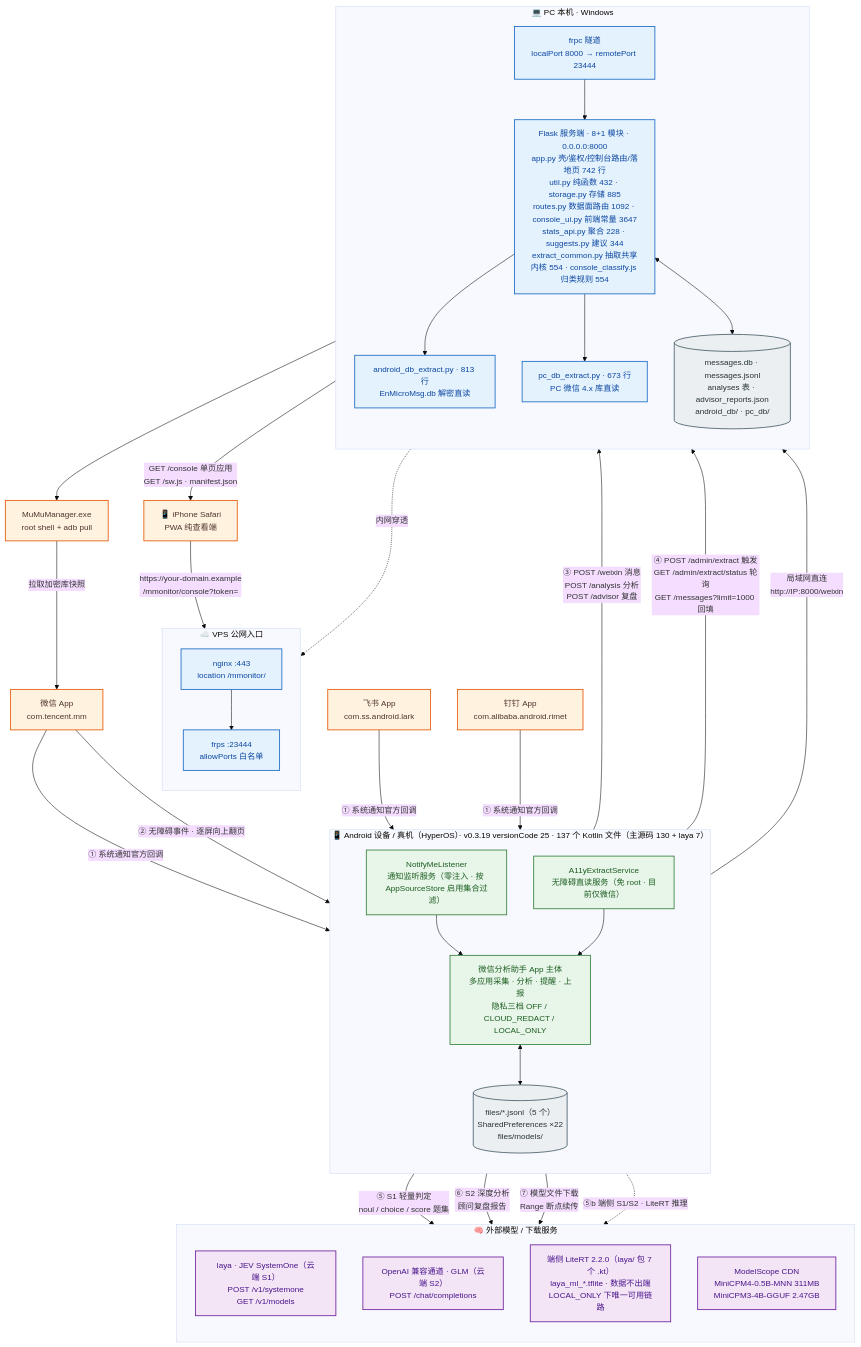
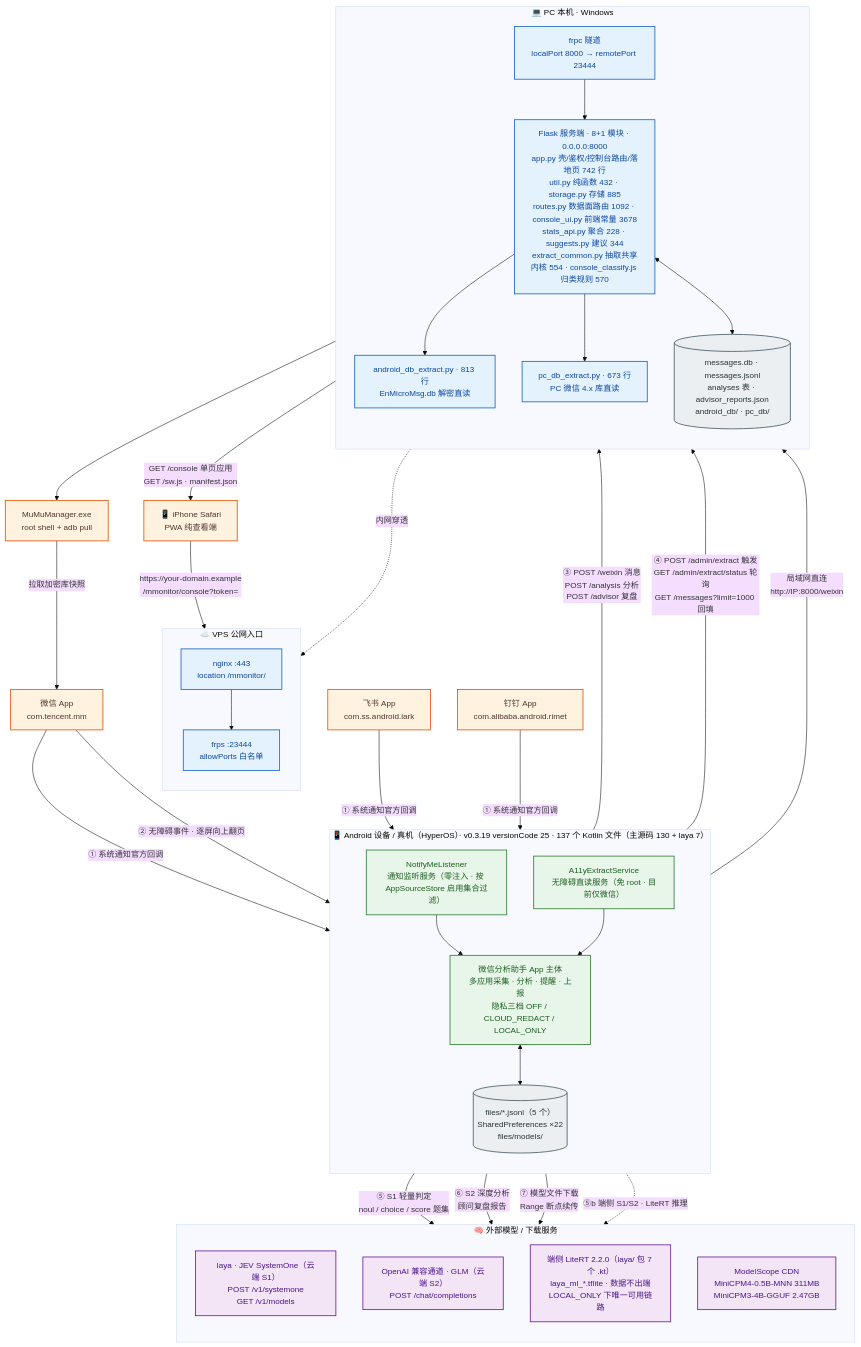
Before and after one commit to solidjoker/notifyme: the diagram in docs/architecture/diagrams/01-system-context.mmd, drawn with Mermaid. The commit also changed 14 other files, not shown here.

```diff
--- a/docs/architecture/diagrams/01-system-context.mmd
+++ b/docs/architecture/diagrams/01-system-context.mmd
@@ -1,70 +1,70 @@
 %%{init: {'theme':'base','themeVariables':{'fontSize':'15px','fontFamily':'Microsoft YaHei, PingFang SC, sans-serif'},'flowchart':{'htmlLabels':true,'curve':'basis'}}}%%
 flowchart TB
     classDef ext  fill:#fff3e0,stroke:#e65100,stroke-width:1.5px,color:#4e342e
     classDef app  fill:#e8f5e9,stroke:#2e7d32,stroke-width:1.5px,color:#1b5e20
     classDef srv  fill:#e3f2fd,stroke:#1565c0,stroke-width:1.5px,color:#0d47a1
     classDef llm  fill:#f3e5f5,stroke:#6a1b9a,stroke-width:1.5px,color:#4a148c
     classDef store fill:#eceff1,stroke:#455a64,stroke-width:1.5px,color:#263238
 
     WX["微信 App<br/>com.tencent.mm"]:::ext
     FS["飞书 App<br/>com.ss.android.lark"]:::ext
     DT["钉钉 App<br/>com.alibaba.android.rimet"]:::ext
 
     subgraph DEV["📱 Android 设备 / 真机（HyperOS）· v0.3.19 versionCode 25 · 137 个 Kotlin 文件（主源码 130 + laya 7）"]
         direction TB
         NL["NotifyMeListener<br/>通知监听服务（零注入 · 按 AppSourceStore 启用集合过滤）"]:::app
         A11Y["A11yExtractService<br/>无障碍直读服务（免 root · 目前仅微信）"]:::app
         CORE["微信分析助手 App 主体<br/>多应用采集 · 分析 · 提醒 · 上报<br/>隐私三档 OFF / CLOUD_REDACT / LOCAL_ONLY"]:::app
         STORE[("files/*.jsonl（5 个）<br/>SharedPreferences ×22<br/>files/models/")]:::store
         NL --> CORE
         A11Y --> CORE
         CORE <--> STORE
     end
 
     subgraph HOST["💻 PC 本机 · Windows"]
         direction TB
-        FLASK["Flask 服务端 · 8+1 模块 · 0.0.0.0:8000<br/>app.py 壳/鉴权/控制台路由/落地页 742 行<br/>util.py 纯函数 432 · storage.py 存储 885<br/>routes.py 数据面路由 1092 · console_ui.py 前端常量 3647<br/>stats_api.py 聚合 228 · suggests.py 建议 344<br/>extract_common.py 抽取共享内核 554 · console_classify.js 归类规则 554"]:::srv
+        FLASK["Flask 服务端 · 8+1 模块 · 0.0.0.0:8000<br/>app.py 壳/鉴权/控制台路由/落地页 742 行<br/>util.py 纯函数 432 · storage.py 存储 885<br/>routes.py 数据面路由 1092 · console_ui.py 前端常量 3678<br/>stats_api.py 聚合 228 · suggests.py 建议 344<br/>extract_common.py 抽取共享内核 554 · console_classify.js 归类规则 570"]:::srv
         ADBEX["android_db_extract.py · 813 行<br/>EnMicroMsg.db 解密直读"]:::srv
         PCEX["pc_db_extract.py · 673 行<br/>PC 微信 4.x 库直读"]:::srv
         DB[("messages.db · messages.jsonl<br/>analyses 表 · advisor_reports.json<br/>android_db/ · pc_db/")]:::store
         FRPC["frpc 隧道<br/>localPort 8000 → remotePort 23444"]:::srv
         FLASK --> ADBEX
         FLASK --> PCEX
         FLASK <--> DB
         FRPC --> FLASK
     end
 
     subgraph VPS["☁️ VPS 公网入口"]
         direction TB
         NGINX["nginx :443<br/>location /mmonitor/"]:::srv
         FRPS["frps :23444<br/>allowPorts 白名单"]:::srv
         NGINX --> FRPS
     end
 
     subgraph AI["🧠 外部模型 / 下载服务"]
         direction TB
         LAYA["laya · JEV SystemOne（云端 S1）<br/>POST /v1/systemone<br/>GET /v1/models"]:::llm
         GLM["OpenAI 兼容通道 · GLM（云端 S2）<br/>POST /chat/completions"]:::llm
         LITE["端侧 LiteRT 2.2.0（laya/ 包 7 个 .kt）<br/>laya_ml_*.tflite · 数据不出端<br/>LOCAL_ONLY 下唯一可用链路"]:::llm
         MS["ModelScope CDN<br/>MiniCPM4-0.5B-MNN 311MB<br/>MiniCPM3-4B-GGUF 2.47GB"]:::llm
     end
 
     MUMU["MuMuManager.exe<br/>root shell + adb pull"]:::ext
     IPHONE["📱 iPhone Safari<br/>PWA 纯查看端"]:::ext
 
     WX -->|"① 系统通知官方回调"| NL
     FS -->|"① 系统通知官方回调"| NL
     DT -->|"① 系统通知官方回调"| NL
     WX -->|"② 无障碍事件 · 逐屏向上翻页"| A11Y
     CORE -->|"③ POST /weixin 消息<br/>POST /analysis 分析<br/>POST /advisor 复盘"| FLASK
     CORE -->|"④ POST /admin/extract 触发<br/>GET /admin/extract/status 轮询<br/>GET /messages?limit=1000 回填"| FLASK
     CORE -->|"⑤ S1 轻量判定<br/>noul / choice / score 题集"| LAYA
     CORE -->|"⑥ S2 深度分析<br/>顾问复盘报告"| GLM
     CORE -->|"⑦ 模型文件下载<br/>Range 断点续传"| MS
     CORE -.->|"⑤b 端侧 S1/S2 · LiteRT 推理"| LITE
     ADBEX --> MUMU
     MUMU -->|"拉取加密库快照"| WX
     CORE -->|"局域网直连<br/>http://IP:8000/weixin"| FLASK
     FRPC -.->|"内网穿透"| FRPS
     IPHONE -->|"https://your-domain.example<br/>/mmonitor/console?token="| NGINX
     FLASK -->|"GET /console 单页应用<br/>GET /sw.js · manifest.json"| IPHONE
```
